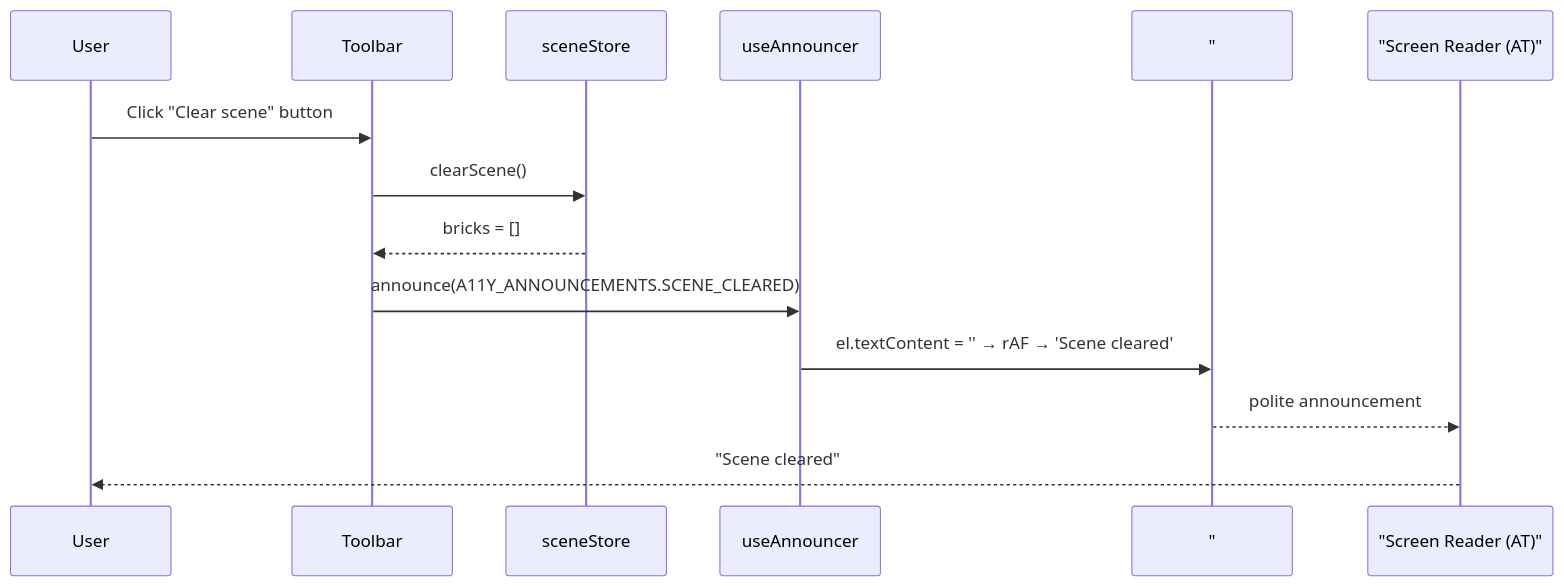
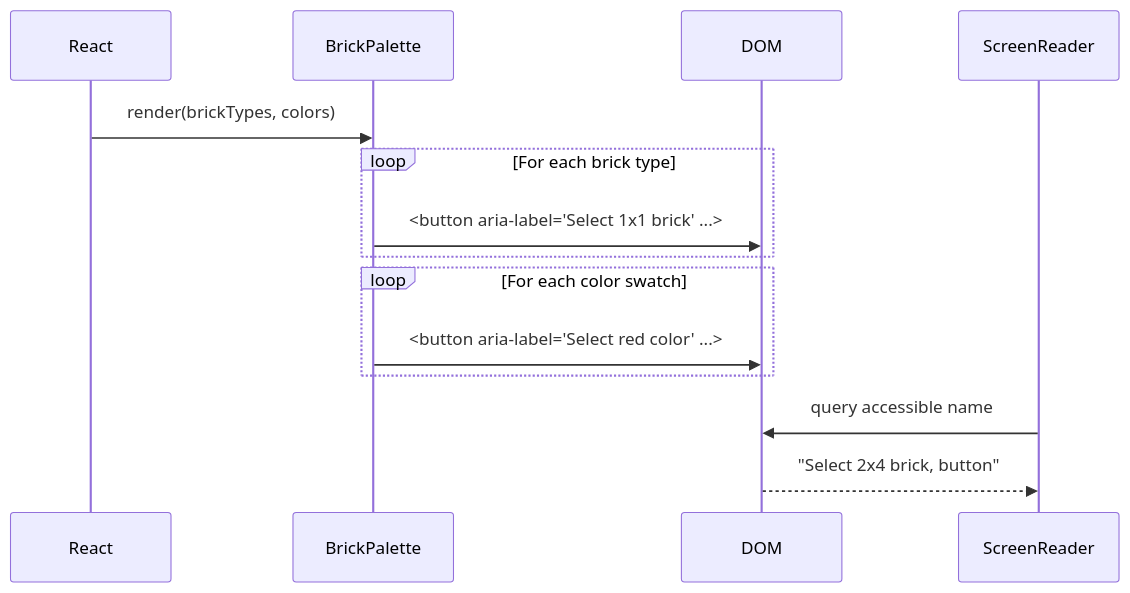
The third of 3 diagrams in docs/features/NFR-A11Y-002/LOW_LEVEL_DESIGN.md (sreenivasmrpivot/legobuilder), drawn with Mermaid before and after one commit. The commit also changed other lines of this file, not shown here.

First line of the commit message:
docs: LLD for NFR-A11Y-002 — Add ARIA labels to toolbar buttons and palette items; announce scene state changes

````diff
--- a/docs/features/NFR-A11Y-002/LOW_LEVEL_DESIGN.md
+++ b/docs/features/NFR-A11Y-002/LOW_LEVEL_DESIGN.md
@@ -245,17 +261,17 @@
 ```mermaid
 sequenceDiagram
-    participant User
-    participant Toolbar
-    participant sceneStore
-    participant useAnnouncer
-    participant LiveRegion as "#scene-announcer (DOM)"
-    participant ScreenReader as "Screen Reader (AT)"
+    participant React
+    participant BrickPalette
+    participant DOM
+    participant ScreenReader
 
-    User->>Toolbar: Click "Clear scene" button
-    Toolbar->>sceneStore: clearScene()
-    sceneStore-->>Toolbar: bricks = []
-    Toolbar->>useAnnouncer: announce(A11Y_ANNOUNCEMENTS.SCENE_CLEARED)
-    useAnnouncer->>LiveRegion: el.textContent = '' → rAF → 'Scene cleared'
-    LiveRegion-->>ScreenReader: polite announcement
-    ScreenReader-->>User: "Scene cleared"
+    React->>BrickPalette: render(brickTypes, colors)
+    loop For each brick type
+        BrickPalette->>DOM: <button aria-label="Select 1x1 brick" ...>
+    end
+    loop For each color swatch
+        BrickPalette->>DOM: <button aria-label="Select red color" ...>
+    end
+    ScreenReader->>DOM: query accessible name
+    DOM-->>ScreenReader: "Select 2x4 brick, button"
 ```
````
